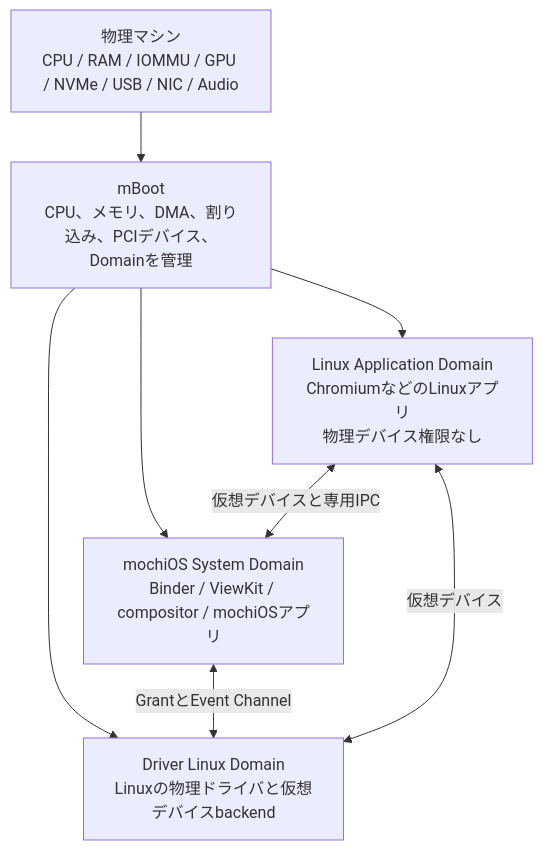
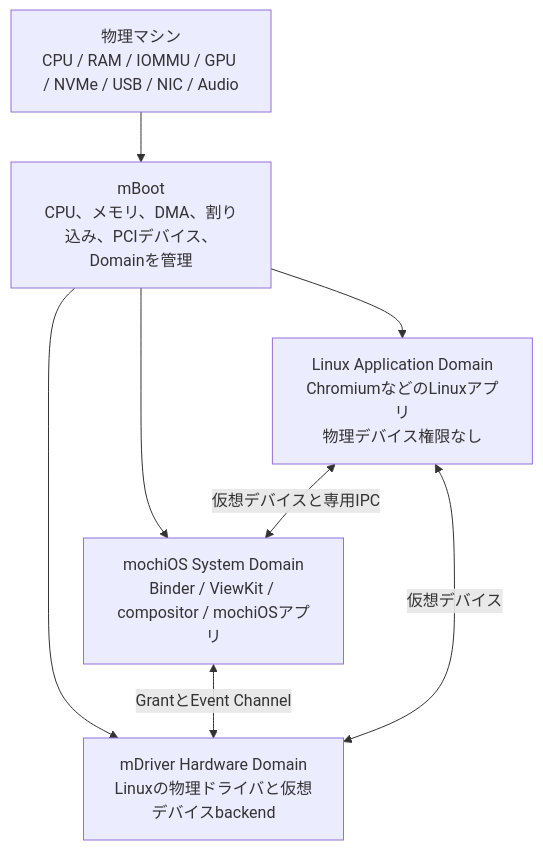
One commit to mochiOS/mochiOS changed the first of 9 diagrams in docs/mboot/about.md. Above: the diagram before and after it, drawn with Mermaid. The commit also changed other lines of this file and 1 other file, not shown here.

Commit message:
Integrate the mDriver workspace build

````diff
--- a/docs/mboot/about.md
+++ b/docs/mboot/about.md
@@ -14,16 +14,16 @@
 ```mermaid
 flowchart TB
     hardware["物理マシン<br/>CPU / RAM / IOMMU / GPU / NVMe / USB / NIC / Audio"]
     mboot["mBoot<br/>CPU、メモリ、DMA、割り込み、PCIデバイス、Domainを管理"]
     mochios["mochiOS System Domain<br/>Binder / ViewKit / compositor / mochiOSアプリ"]
-    driver["Driver Linux Domain<br/>Linuxの物理ドライバと仮想デバイスbackend"]
+    driver["mDriver Hardware Domain<br/>Linuxの物理ドライバと仮想デバイスbackend"]
     apps["Linux Application Domain<br/>ChromiumなどのLinuxアプリ<br/>物理デバイス権限なし"]
 
     hardware --> mboot
     mboot --> mochios
     mboot --> driver
     mboot --> apps
     mochios <-->|GrantとEvent Channel| driver
     apps <-->|仮想デバイスと専用IPC| mochios
     apps <-->|仮想デバイス| driver
 ```
````
